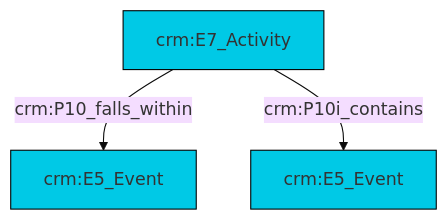
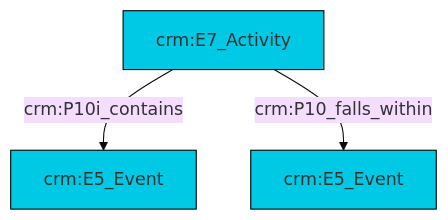
One commit to swiss-art-research-net/reference-data-models changed the diagram in et/eventCSV/ttl/mmd/event_parthood.ttl.mmd. Above: the diagram before and after it, drawn with Mermaid (base theme). The commit also changed 124 other files, not shown here.

```diff
--- a/et/eventCSV/ttl/mmd/event_parthood.ttl.mmd
+++ b/et/eventCSV/ttl/mmd/event_parthood.ttl.mmd
@@ -1,17 +1,17 @@
 graph TD
 classDef Literal fill:#f2f2f2,stroke:#000000;
 classDef CRM_Entity fill:#FFFFFF,stroke:#000000;
 classDef Temporal_Entity fill:#00C9E6, stroke:#000000;
 classDef Type fill:#E18312, stroke:#000000;
 classDef Time-Span fill:#2C9C91, stroke:#000000;
 classDef Appellation fill:#FFEB7F, stroke:#000000;
 classDef Place fill:#008836, stroke:#000000;
 classDef Persistent_Item fill:#B266B2, stroke:#000000;
 classDef Conceptual_Object fill:#FFD700, stroke:#000000;
 classDef Physical_Thing fill:#D2B48C, stroke:#000000;
 classDef Actor fill:#f58aad, stroke:#000000;
 classDef PC_Classes fill:#4ce600, stroke:#000000;
 classDef Multi fill:#cccccc,stroke:#000000;
 
-0["crm:E7_Activity"]:::Temporal_Entity -->|crm:P10_falls_within| 4["crm:E5_Event"]:::Temporal_Entity
-0["crm:E7_Activity"]:::Temporal_Entity -->|crm:P10i_contains| 2["crm:E5_Event"]:::Temporal_Entity
+2["crm:E7_Activity"]:::Temporal_Entity -->|crm:P10i_contains| 3["crm:E5_Event"]:::Temporal_Entity
+2["crm:E7_Activity"]:::Temporal_Entity -->|crm:P10_falls_within| 0["crm:E5_Event"]:::Temporal_Entity
```
